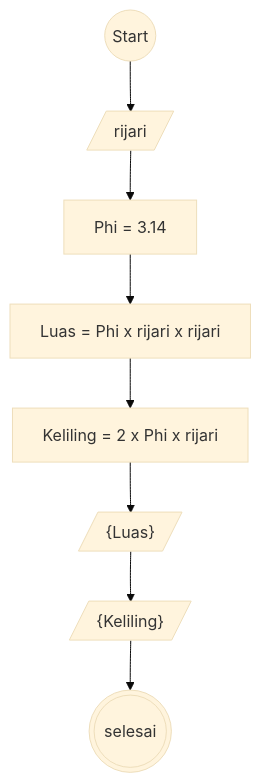
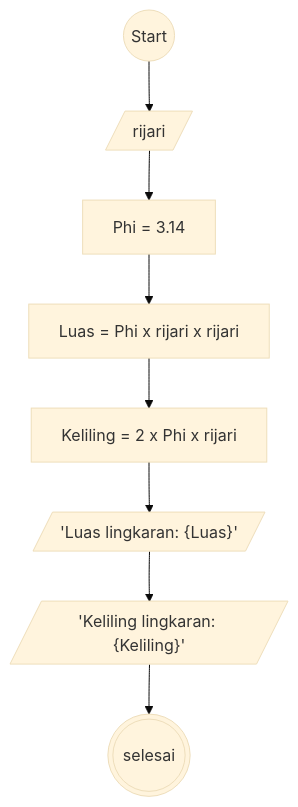
The diagram in readme.md (fatawaimamalmuftin/koda-b8-JavaScript1), drawn with Mermaid (base theme) before and after one commit.

Commit message:
Algoritma
Case : menghitung luas keliling lingkaran

````diff
--- a/readme.md
+++ b/readme.md
@@ -5,17 +5,17 @@
 ```mermaid
 
 flowchart TD
 
 mulai@{ shape: circle, label: "Start"}
 r@{ shape: lean-r, label: "rijari"}
 TT@{ shape: rect, label: "Phi = 3.14"}
 L@{ shape: rect, label: "Luas = Phi x rijari x rijari"}
 K@{ shape: rect, label: "Keliling = 2 x Phi x rijari"}
-HL@{ shape: lean-r, label: "{Luas}"}
-HK@{ shape: lean-r, label: "{Keliling}"}
+HL@{ shape: lean-r, label: "'Luas lingkaran: {Luas}'"}
+HK@{ shape: lean-r, label: "'Keliling lingkaran: {Keliling}'"}
 selesai@{ shape: doublecircle, label "end"}
 
 
 mulai--> r--> TT--> L--> K--> HL--> HK--> selesai
 
 ```
````
